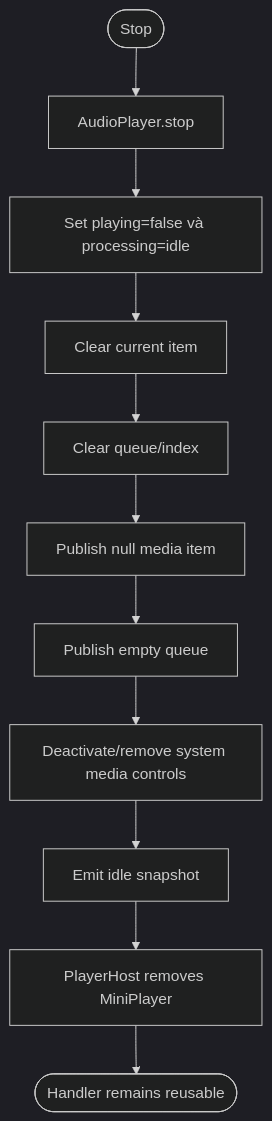
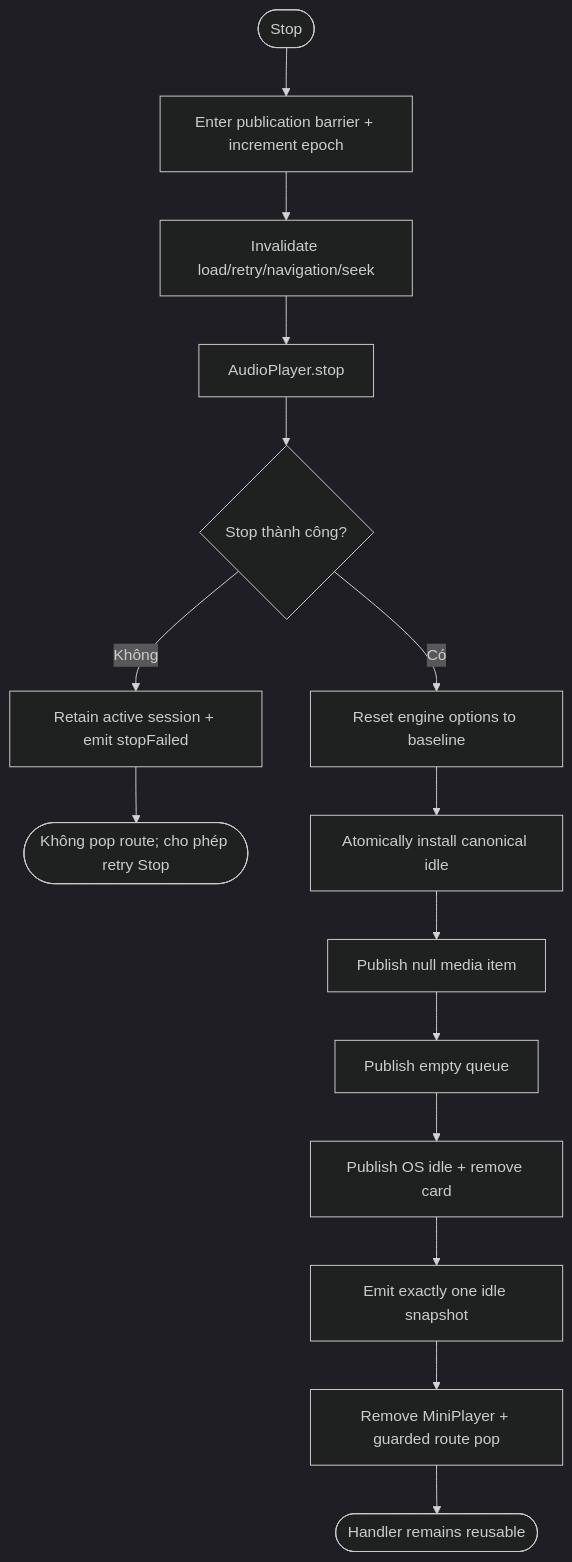
Diagram 29 of 29 in docs/player-behavioral-diagrams.md (ViUniverse/ViListen), drawn with Mermaid (dark theme) before and after one commit. The commit also changed other lines of this file and 4 other files, not shown here.

````diff
--- a/docs/player-behavioral-diagrams.md
+++ b/docs/player-behavioral-diagrams.md
@@ -1135,13 +1234,17 @@
 ```mermaid
 flowchart TD
-    A([Stop]) --> B[AudioPlayer.stop]
-    B --> C[Set playing=false và processing=idle]
-    C --> D[Clear current item]
-    D --> E[Clear queue/index]
-    E --> F[Publish null media item]
-    F --> G[Publish empty queue]
-    G --> H[Deactivate/remove system media controls]
-    H --> I[Emit idle snapshot]
-    I --> J[PlayerHost removes MiniPlayer]
-    J --> K([Handler remains reusable])
+    A([Stop]) --> B[Enter publication barrier + increment epoch]
+    B --> C[Invalidate load/retry/navigation/seek]
+    C --> D[AudioPlayer.stop]
+    D --> E{Stop thành công?}
+    E -->|Không| F[Retain active session + emit stopFailed]
+    F --> G([Không pop route; cho phép retry Stop])
+    E -->|Có| H[Reset engine options to baseline]
+    H --> I[Atomically install canonical idle]
+    I --> J[Publish null media item]
+    J --> K[Publish empty queue]
+    K --> L[Publish OS idle + remove card]
+    L --> M[Emit exactly one idle snapshot]
+    M --> N[Remove MiniPlayer + guarded route pop]
+    N --> O([Handler remains reusable])
 ```
````
